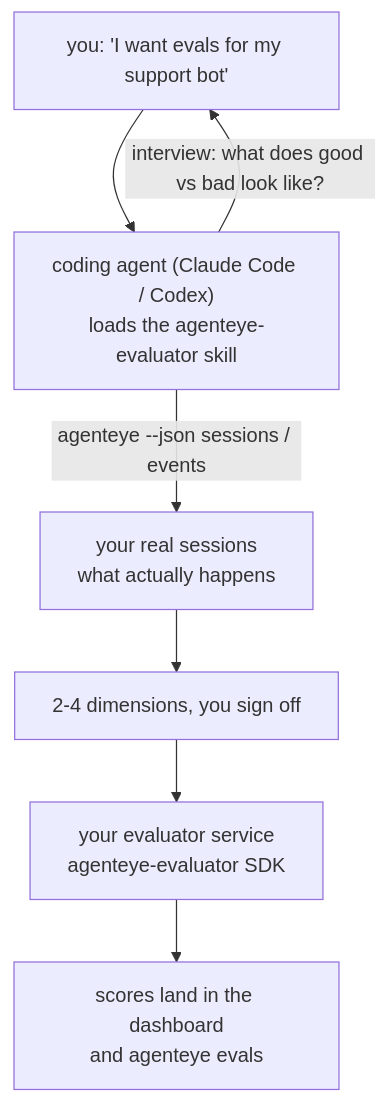
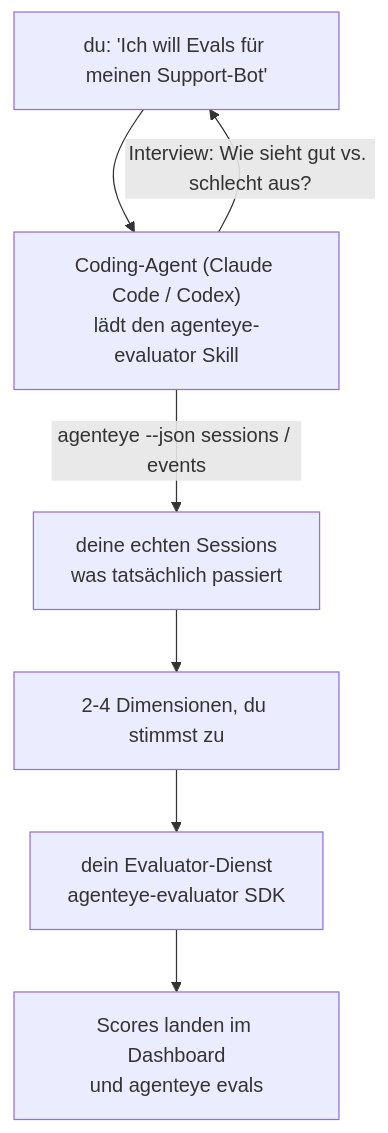
One commit to FailproofAI/failproofai changed the diagram in docs/de/agenteye/evaluator-skill.mdx. Above: the diagram before and after it, drawn with Mermaid. The commit also changed other lines of this file and 677 other files, not shown here.

````diff
--- a/docs/de/agenteye/evaluator-skill.mdx
+++ b/docs/de/agenteye/evaluator-skill.mdx
@@ -21,9 +21,9 @@
 ```mermaid
 flowchart TD
-    YOU["you: 'I want evals for my support bot'"] --> AGENT["coding agent (Claude Code / Codex)<br/>loads the agenteye-evaluator skill"]
-    AGENT -->|"interview: what does good vs bad look like?"| YOU
-    AGENT -->|"agenteye --json sessions / events"| DATA["your real sessions<br/>what actually happens"]
-    DATA --> DIMS["2-4 dimensions, you sign off"]
-    DIMS --> SVC["your evaluator service<br/>agenteye-evaluator SDK"]
-    SVC --> SCORES["scores land in the dashboard<br/>and agenteye evals"]
+    YOU["du: 'Ich will Evals für meinen Support-Bot'"] --> AGENT["Coding-Agent (Claude Code / Codex)<br/>lädt den agenteye-evaluator Skill"]
+    AGENT -->|"Interview: Wie sieht gut vs. schlecht aus?"| YOU
+    AGENT -->|"agenteye --json sessions / events"| DATA["deine echten Sessions<br/>was tatsächlich passiert"]
+    DATA --> DIMS["2-4 Dimensionen, du stimmst zu"]
+    DIMS --> SVC["dein Evaluator-Dienst<br/>agenteye-evaluator SDK"]
+    SVC --> SCORES["Scores landen im Dashboard<br/>und agenteye evals"]
 ```
````
